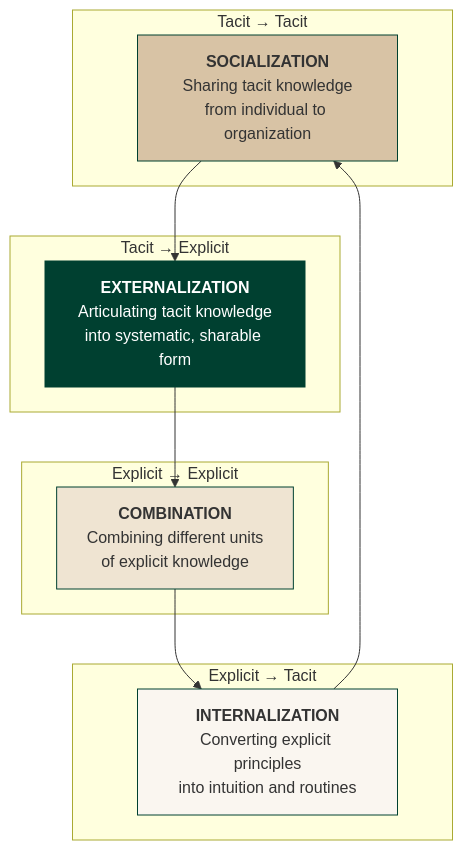
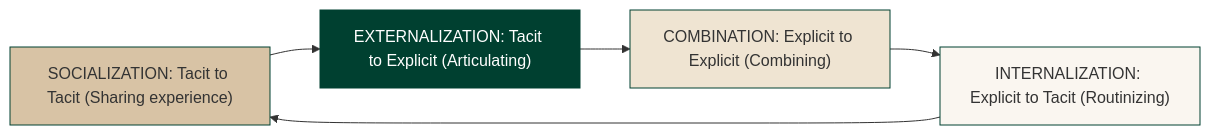
The fourth of 4 diagrams in content/ch05.qmd (lolopodcast/SMMC-EMI-Textbook-Web), drawn with Mermaid before and after one commit. The commit also changed other lines of this file, not shown here.

Commit message:
Refactor mermaid diagrams for clarity and consistency

````diff
--- a/content/ch05.qmd
+++ b/content/ch05.qmd
@@ -291,22 +286,15 @@
 ```{mermaid}
-flowchart TB
-    subgraph TT["Tacit → Tacit"]
-        S["<b>SOCIALIZATION</b><br/>Sharing tacit knowledge<br/>from individual to organization"]
-    end
-    subgraph TE["Tacit → Explicit"]
-        E["<b>EXTERNALIZATION</b><br/>Articulating tacit knowledge<br/>into systematic, sharable form"]
-    end
-    subgraph EE["Explicit → Explicit"]
-        C["<b>COMBINATION</b><br/>Combining different units<br/>of explicit knowledge"]
-    end
-    subgraph ET["Explicit → Tacit"]
-        I["<b>INTERNALIZATION</b><br/>Converting explicit principles<br/>into intuition and routines"]
-    end
-    
-    S --> E --> C --> I --> S
-    
+flowchart LR
+    S["SOCIALIZATION: Tacit to Tacit (Sharing experience)"]
+    E["EXTERNALIZATION: Tacit to Explicit (Articulating)"]
+    C["COMBINATION: Explicit to Explicit (Combining)"]
+    I["INTERNALIZATION: Explicit to Tacit (Routinizing)"]
+    S --> E
+    E --> C
+    C --> I
+    I --> S
     style S fill:#D8C3A5,stroke:#004030
     style E fill:#004030,stroke:#004030,color:#FFFFFF
     style C fill:#EFE4D2,stroke:#004030
     style I fill:#FAF6F0,stroke:#004030
 ```
````
